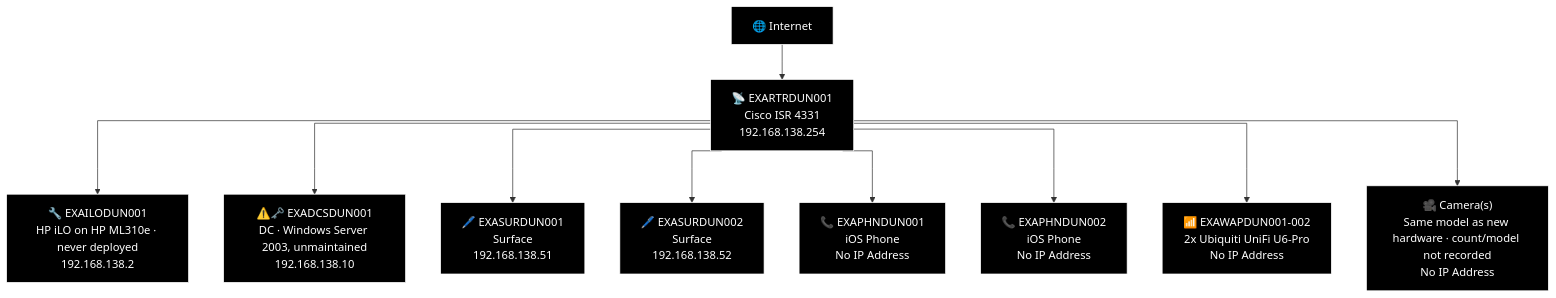
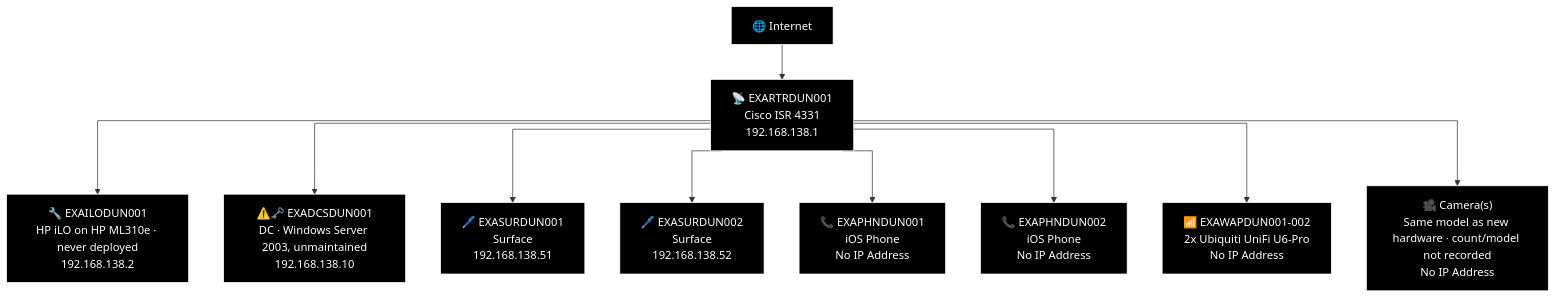
Diagram 13 of 21 in docs/network-diagram/scotland.md (knightmare2600/example_music_infra), drawn with Mermaid before and after one commit. The commit also changed other lines of this file and 7 other files, not shown here.

````diff
--- a/docs/network-diagram/scotland.md
+++ b/docs/network-diagram/scotland.md
@@ -817,36 +811,36 @@
 ```mermaid
 %%{init: {'flowchart': {'curve': 'stepAfter'}}}%%
 graph TD
     O_INET["🌐 Internet"]
-    O_RTR["📡 EXARTRDUN001<br/>Cisco ISR 4331<br/>192.168.138.254"]
+    O_RTR["📡 EXARTRDUN001<br/>Cisco ISR 4331<br/>192.168.138.1"]
     O_INET --> O_RTR
 
     O_ILO["🔧 EXAILODUN001<br/>HP iLO on HP ML310e · never deployed<br/>192.168.138.2"]
     O_DC["⚠️🗝️ EXADCSDUN001<br/>DC · Windows Server 2003, unmaintained<br/>192.168.138.10"]
     O_RTR --> O_ILO
     O_RTR --> O_DC
 
     O_SUR1["🖊️ EXASURDUN001<br/>Surface<br/>192.168.138.51"]
     O_SUR2["🖊️ EXASURDUN002<br/>Surface<br/>192.168.138.52"]
     O_PHN1["📞 EXAPHNDUN001<br/>iOS Phone<br/>No IP Address"]
     O_PHN2["📞 EXAPHNDUN002<br/>iOS Phone<br/>No IP Address"]
     O_WAP["📶 EXAWAPDUN001-002<br/>2x Ubiquiti UniFi U6-Pro<br/>No IP Address"]
     O_CAM["🎥 Camera(s)<br/>Same model as new hardware · count/model not recorded<br/>No IP Address"]
     O_RTR --> O_SUR1
     O_RTR --> O_SUR2
     O_RTR --> O_PHN1
     O_RTR --> O_PHN2
     O_RTR --> O_WAP
     O_RTR --> O_CAM
 
     style O_INET fill:#000000,stroke:#FFFFFF,color:#FFFFFF
     style O_RTR fill:#000000,stroke:#FFFFFF,color:#FFFFFF
     style O_ILO fill:#000000,stroke:#FFFFFF,color:#FFFFFF
     style O_DC fill:#000000,stroke:#FFFFFF,color:#FFFFFF
     style O_SUR1 fill:#000000,stroke:#FFFFFF,color:#FFFFFF
     style O_SUR2 fill:#000000,stroke:#FFFFFF,color:#FFFFFF
     style O_PHN1 fill:#000000,stroke:#FFFFFF,color:#FFFFFF
     style O_PHN2 fill:#000000,stroke:#FFFFFF,color:#FFFFFF
     style O_WAP fill:#000000,stroke:#FFFFFF,color:#FFFFFF
     style O_CAM fill:#000000,stroke:#FFFFFF,color:#FFFFFF
 ```
````
